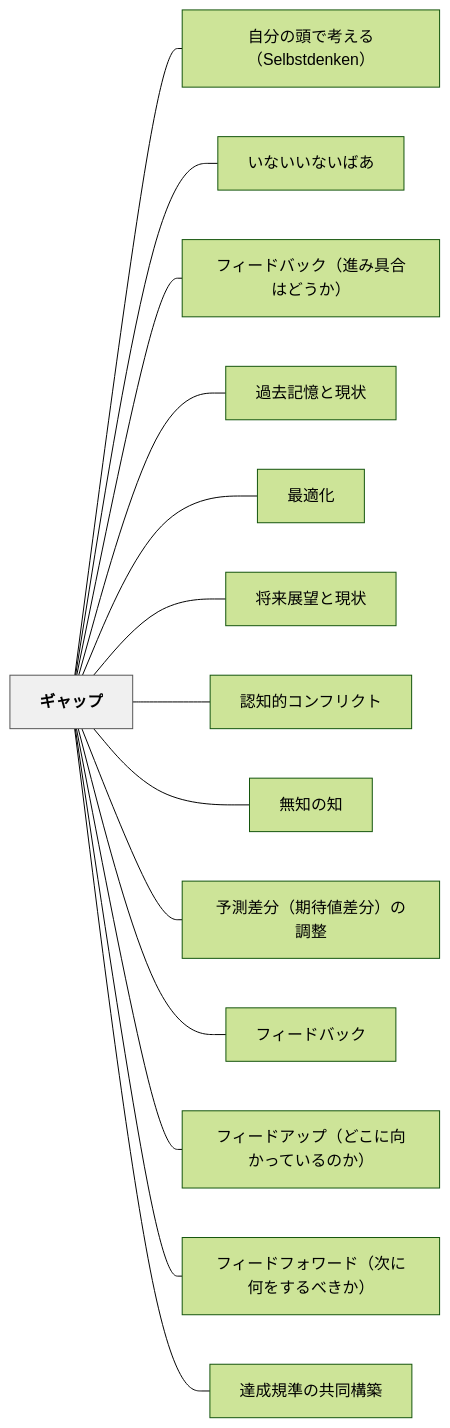
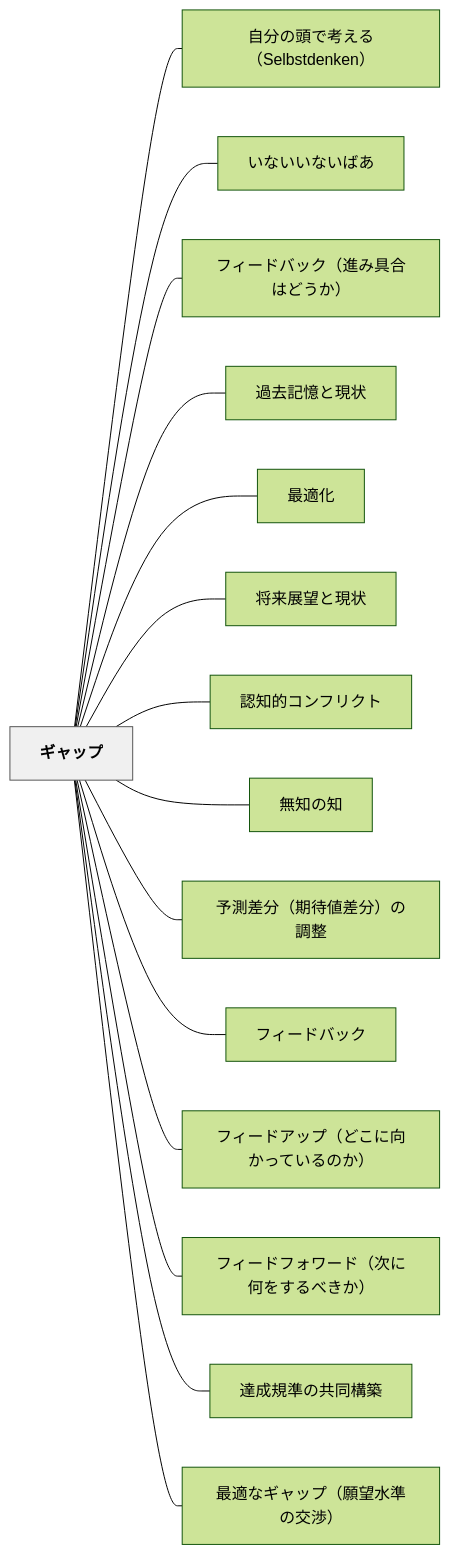
One commit to unknownthings-ed-patterns/unknownthings-ed-patterns changed the diagram in content/パタン/ギャップ.md. Above: the diagram before and after it, drawn with Mermaid (forest theme). The commit also changed other lines of this file and 42 other files, not shown here.

````diff
--- a/content/パタン/ギャップ.md
+++ b/content/パタン/ギャップ.md
@@ -60,34 +61,36 @@
 ```mermaid
 flowchart LR
     ne382aee383a3e38383e38397["ギャップ"]
     ne887aae58886e381aee9a0ade381a7e88083e38188e3828befbc8853656c62737464656e6b656eefbc89["自分の頭で考える（Selbstdenken）"]
     ne38184e381aae38184e38184e381aae38184e381b0e38182["いないいないばあ"]
     ne38395e382a3e383bce38389e38390e38383e382afefbc88e980b2e381bfe585b7e59088e381afe381a9e38186e3818befbc89["フィードバック（進み具合はどうか）"]
     ne9818ee58ebbe8a898e686b6e381a8e78fbee78ab6["過去記憶と現状"]
     ne69c80e981a9e58c96["最適化"]
     ne5b086e69da5e5b195e69c9be381a8e78fbee78ab6["将来展望と現状"]
     ne8aa8de79fa5e79a84e382b3e383b3e38395e383aae382afe38388["認知的コンフリクト"]
     ne784a1e79fa5e381aee79fa5["無知の知"]
     ne4ba88e6b8ace5b7aee58886efbc88e69c9fe5be85e580a4e5b7aee58886efbc89e381aee8aabfe695b4["予測差分（期待値差分）の調整"]
     ne38395e382a3e383bce38389e38390e38383e382af["フィードバック"]
     ne38395e382a3e383bce38389e382a2e38383e38397efbc88e381a9e38193e381abe59091e3818be381a3e381a6e38184e3828be381aee3818befbc89["フィードアップ（どこに向かっているのか）"]
     ne38395e382a3e383bce38389e38395e382a9e383afe383bce38389efbc88e6aca1e381abe4bd95e38292e38199e3828be381b9e3818de3818befbc89["フィードフォワード（次に何をするべきか）"]
     ne98194e68890e8a68fe6ba96e381aee585b1e5908ce6a78be7af89["達成規準の共同構築"]
+    ne69c80e981a9e381aae382aee383a3e38383e38397efbc88e9a198e69c9be6b0b4e6ba96e381aee4baa4e6b889efbc89["最適なギャップ（願望水準の交渉）"]
 
     ne382aee383a3e38383e38397 --- ne887aae58886e381aee9a0ade381a7e88083e38188e3828befbc8853656c62737464656e6b656eefbc89
     ne382aee383a3e38383e38397 --- ne38184e381aae38184e38184e381aae38184e381b0e38182
     ne382aee383a3e38383e38397 --- ne38395e382a3e383bce38389e38390e38383e382afefbc88e980b2e381bfe585b7e59088e381afe381a9e38186e3818befbc89
     ne382aee383a3e38383e38397 --- ne9818ee58ebbe8a898e686b6e381a8e78fbee78ab6
     ne382aee383a3e38383e38397 --- ne69c80e981a9e58c96
     ne382aee383a3e38383e38397 --- ne5b086e69da5e5b195e69c9be381a8e78fbee78ab6
     ne382aee383a3e38383e38397 --- ne8aa8de79fa5e79a84e382b3e383b3e38395e383aae382afe38388
     ne382aee383a3e38383e38397 --- ne784a1e79fa5e381aee79fa5
     ne382aee383a3e38383e38397 --- ne4ba88e6b8ace5b7aee58886efbc88e69c9fe5be85e580a4e5b7aee58886efbc89e381aee8aabfe695b4
     ne382aee383a3e38383e38397 --- ne38395e382a3e383bce38389e38390e38383e382af
     ne382aee383a3e38383e38397 --- ne38395e382a3e383bce38389e382a2e38383e38397efbc88e381a9e38193e381abe59091e3818be381a3e381a6e38184e3828be381aee3818befbc89
     ne382aee383a3e38383e38397 --- ne38395e382a3e383bce38389e38395e382a9e383afe383bce38389efbc88e6aca1e381abe4bd95e38292e38199e3828be381b9e3818de3818befbc89
     ne382aee383a3e38383e38397 --- ne98194e68890e8a68fe6ba96e381aee585b1e5908ce6a78be7af89
+    ne382aee383a3e38383e38397 --- ne69c80e981a9e381aae382aee383a3e38383e38397efbc88e9a198e69c9be6b0b4e6ba96e381aee4baa4e6b889efbc89
 
     classDef hub fill:#f0f0f0,stroke:#555,color:#000,font-weight:bold
     class ne382aee383a3e38383e38397 hub
 ```
````
